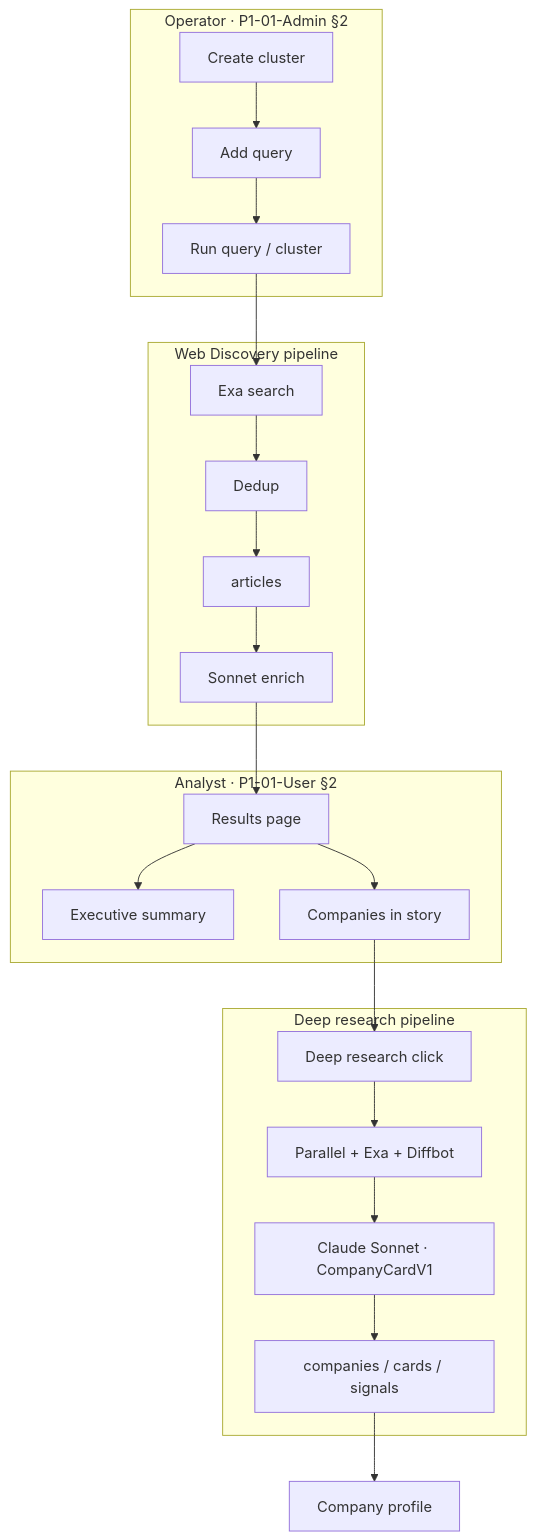
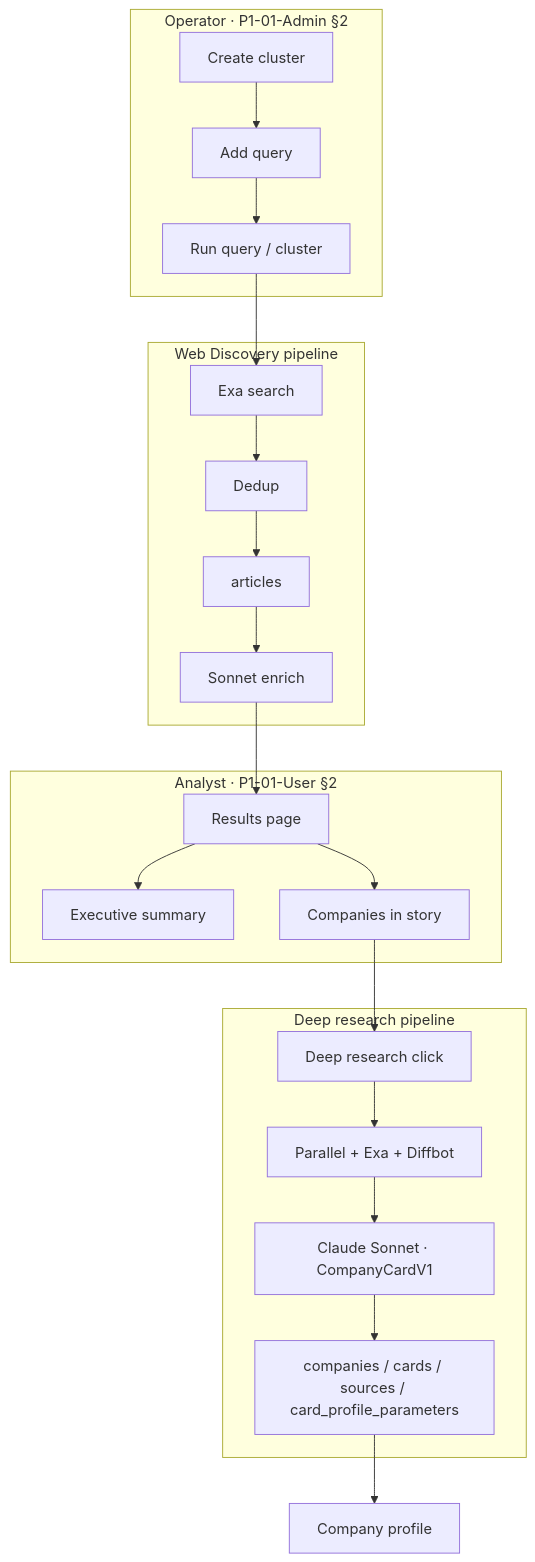
The fifth of 5 diagrams in docs/phase-1/P1-01-user.md (Growth-Maschine/NORAD-INTEL-ENGINE-V1), drawn with Mermaid before and after one commit. The commit also changed other lines of this file and 14 other files, not shown here.

````diff
--- a/docs/phase-1/P1-01-user.md
+++ b/docs/phase-1/P1-01-user.md
@@ -427,29 +425,29 @@
 ```mermaid
 flowchart TD
     subgraph CONFIGURE["Operator · P1-01-Admin §2"]
         C[Create cluster] --> Q[Add query]
         Q --> R[Run query / cluster]
     end
 
     subgraph ENRICH["Web Discovery pipeline"]
         R --> EXA[Exa search]
         EXA --> DEDUP[Dedup]
         DEDUP --> ART[articles]
         ART --> SONNET[Sonnet enrich]
     end
 
     subgraph READ["Analyst · P1-01-User §2"]
         SONNET --> RES[Results page]
         RES --> SUM[Executive summary]
         RES --> CO[Companies in story]
     end
 
     subgraph RESEARCH["Deep research pipeline"]
         CO --> DR[Deep research click]
         DR --> ST2[Parallel + Exa + Diffbot]
         ST2 --> ST3[Claude Sonnet · CompanyCardV1]
-        ST3 --> SAVE[companies / cards / signals]
+        ST3 --> SAVE[companies / cards / sources / card_profile_parameters]
     end
 
     SAVE --> PROF[Company profile]
 ```
````
